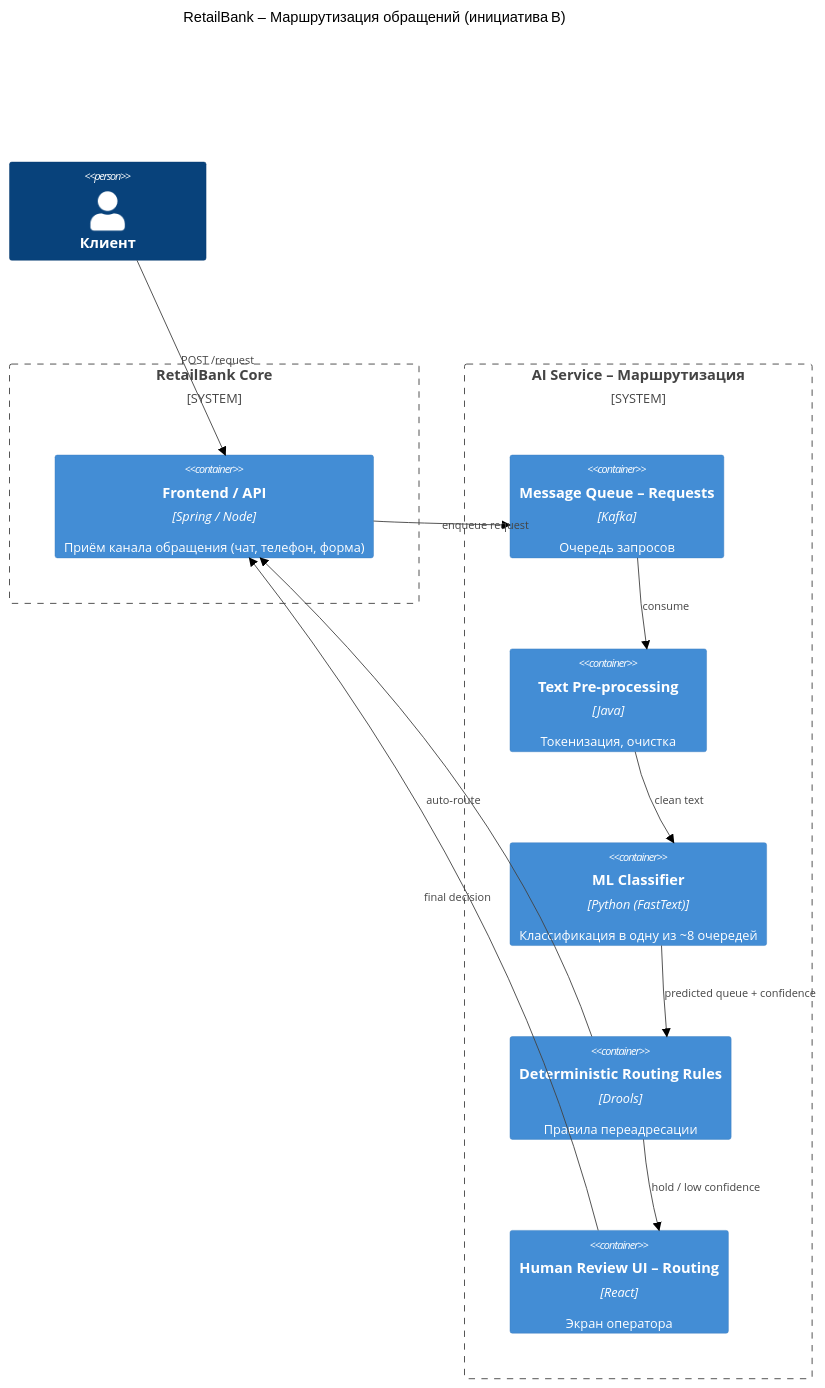
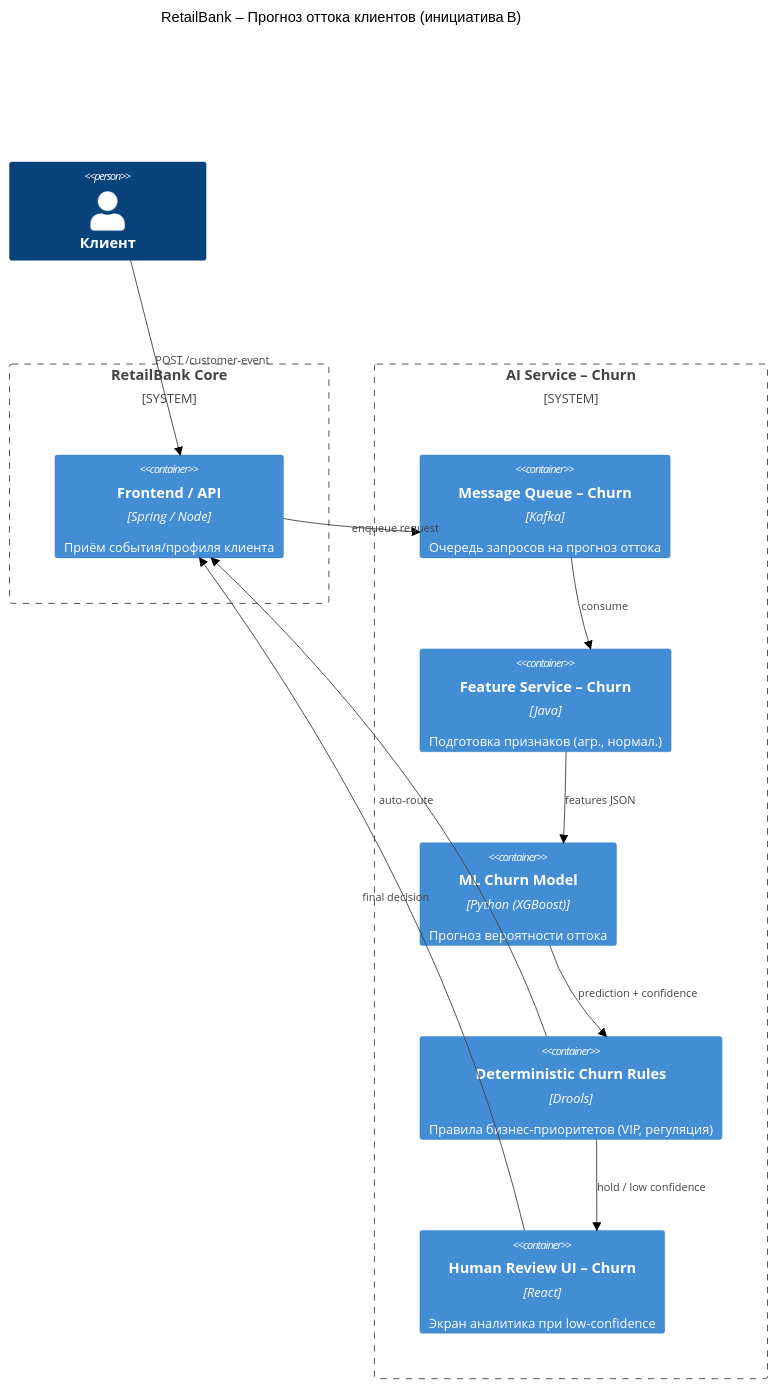
One commit to dvtar91/RetailBank changed the fourth of 4 diagrams in Task3/AIarchitecture.md. Above: the diagram before and after it, drawn with Mermaid (forest theme). The commit also changed other lines of this file, not shown here.

````diff
--- a/Task3/AIarchitecture.md
+++ b/Task3/AIarchitecture.md
@@ -119,24 +117,24 @@
 ```mermaid
 C4Context
-title RetailBank – Маршрутизация обращений (инициатива B)
+title RetailBank – Прогноз оттока клиентов (инициатива B)
 
 Person(customer, "Клиент")
 System_Boundary(rb, "RetailBank Core") {
-    Container(API, "Frontend / API", "Spring / Node", "Приём канала обращения (чат, телефон, форма)")
+    Container(API, "Frontend / API", "Spring / Node", "Приём события/профиля клиента")
 }
-System_Boundary(aiRouting, "AI Service – Маршрутизация") {
-    Container(RoutingQueue, "Message Queue – Requests", "Kafka", "Очередь запросов")
-    Container(Preproc, "Text Pre‑processing", "Java", "Токенизация, очистка")
-    Container(Classifier, "ML Classifier", "Python (FastText)", "Классификация в одну из ~8 очередей")
-    Container(RoutingRules, "Deterministic Routing Rules", "Drools", "Правила переадресации")
-    Container(HumanRouteUI, "Human Review UI – Routing", "React", "Экран оператора")
+System_Boundary(aiChurn, "AI Service – Churn") {
+    Container(ChurnQueue, "Message Queue – Churn", "Kafka", "Очередь запросов на прогноз оттока")
+    Container(Preproc, "Feature Service – Churn", "Java", "Подготовка признаков (агр., нормал.)")
+    Container(ChurnModel, "ML Churn Model", "Python (XGBoost)", "Прогноз вероятности оттока")
+    Container(ChurnRules, "Deterministic Churn Rules", "Drools", "Правила бизнес‑приоритетов (VIP, регуляция)")
+    Container(ChurnHumanUI, "Human Review UI – Churn", "React", "Экран аналитика при low‑confidence")
 }
-Rel(customer, API, "POST /request")
-Rel(API, RoutingQueue, "enqueue request")
-Rel(RoutingQueue, Preproc, "consume")
-Rel(Preproc, Classifier, "clean text")
-Rel(Classifier, RoutingRules, "predicted queue + confidence")
-Rel(RoutingRules, API, "auto‑route")
-Rel(RoutingRules, HumanRouteUI, "hold / low confidence")
-Rel(HumanRouteUI, API, "final decision")
-``` 
+Rel(customer, API, "POST /customer‑event")
+Rel(API, ChurnQueue, "enqueue request")
+Rel(ChurnQueue, Preproc, "consume")
+Rel(Preproc, ChurnModel, "features JSON")
+Rel(ChurnModel, ChurnRules, "prediction + confidence")
+Rel(ChurnRules, API, "auto‑route")
+Rel(ChurnRules, ChurnHumanUI, "hold / low confidence")
+Rel(ChurnHumanUI, API, "final decision")
+```
````
